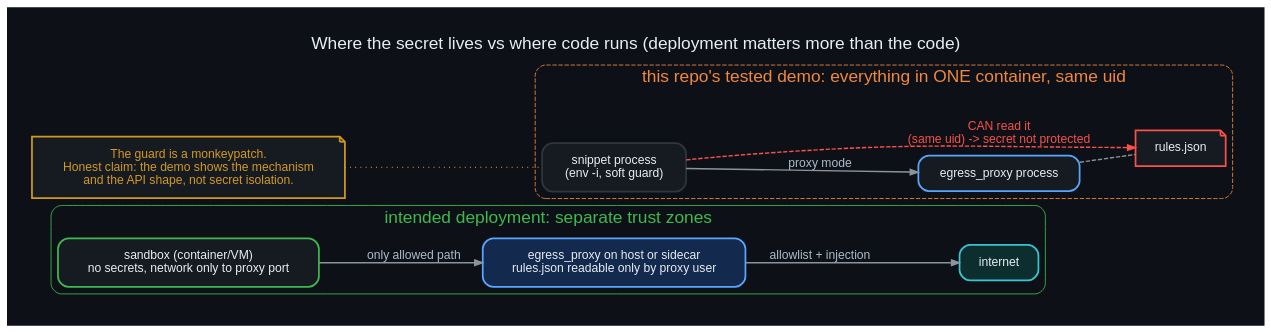
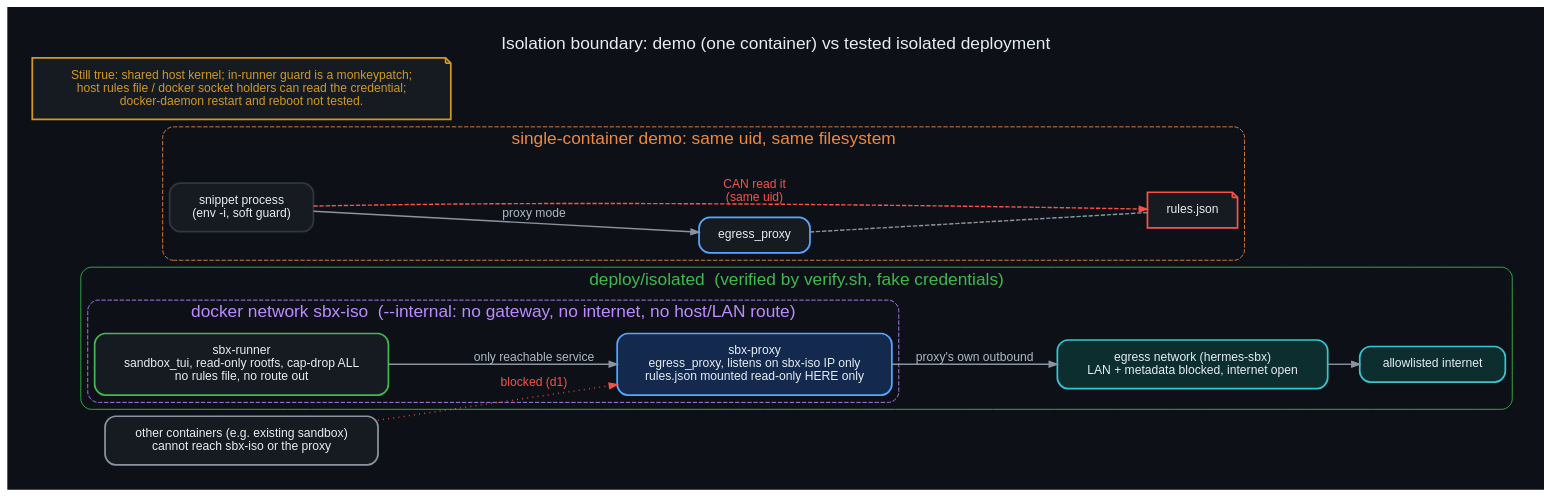
Before and after one commit to danindiana/nim-compute-sandbox-tui: the diagram in diagrams/11_isolation_boundary.dot, drawn with Graphviz. The commit also changed 14 other files, not shown here.

Commit message:
Isolated deployment (internal docker network, separate proxy/runner), verify.sh, docs, diagrams 11/15

```diff
--- a/diagrams/11_isolation_boundary.dot
+++ b/diagrams/11_isolation_boundary.dot
@@ -1,13 +1,16 @@
 digraph iso {
  graph [bgcolor="#0d1117", fontname="Helvetica", fontcolor="#e6edf3", labelloc="t", fontsize=20, pad=0.4];
  node [fontname="Helvetica", fontcolor="#e6edf3", color="#30363d", style="filled,rounded", shape=box, penwidth=2, margin="0.25,0.18", fillcolor="#161b22"];
- edge [color="#8b949e", fontname="Helvetica", fontcolor="#adbac7", penwidth=1.6, arrowsize=0.9]; rankdir=LR; label="Where the secret lives vs where code runs (deployment matters more than the code)";
- subgraph cluster_good { label="intended deployment: separate trust zones"; style=rounded; color="#3fb950"; fontcolor="#3fb950";
-  sb1 [label="sandbox (container/VM)\nno secrets, network only to proxy port", color="#3fb950"]; px1 [label="egress_proxy on host or sidecar\nrules.json readable only by proxy user", color="#58a6ff", fillcolor="#13294d"]; net1 [label="internet", color="#39c5cf", fillcolor="#0d2e2e"];
-  sb1->px1 [label="only allowed path"]; px1->net1 [label="allowlist + injection"]; }
- subgraph cluster_demo { label="this repo's tested demo: everything in ONE container, same uid"; style="rounded,dashed"; color="#f0883e"; fontcolor="#f0883e";
-  sb2 [label="snippet process\n(env -i, soft guard)"]; px2 [label="egress_proxy process", color="#58a6ff"]; file2 [label="rules.json", color="#f85149", shape=note];
-  sb2->px2 [label="proxy mode"]; px2->file2 [style=dashed, dir=none]; sb2->file2 [label="CAN read it\n(same uid) -> secret not protected", color="#f85149", style=dashed, fontcolor="#f85149"]; }
- note [shape=note, color="#d29922", fontcolor="#d29922", label="The guard is a monkeypatch.\nHonest claim: the demo shows the mechanism\nand the API shape, not secret isolation."];
- note->sb2 [style=dotted, arrowhead=none, color="#d29922"];
+ edge [color="#8b949e", fontname="Helvetica", fontcolor="#adbac7", penwidth=1.6, arrowsize=0.9]; rankdir=LR; label="Isolation boundary: demo (one container) vs tested isolated deployment";
+ subgraph cluster_good { label="deploy/isolated  (verified by verify.sh, fake credentials)"; style=rounded; color="#3fb950"; fontcolor="#3fb950";
+  subgraph cluster_int { label="docker network sbx-iso  (--internal: no gateway, no internet, no host/LAN route)"; style="rounded,dashed"; color="#bc8cff"; fontcolor="#bc8cff";
+   run [label="sbx-runner\nsandbox_tui, read-only rootfs, cap-drop ALL\nno rules file, no route out", color="#3fb950"];
+   px [label="sbx-proxy\negress_proxy, listens on sbx-iso IP only\nrules.json mounted read-only HERE only", color="#58a6ff", fillcolor="#13294d"]; }
+  eg [label="egress network (hermes-sbx)\nLAN + metadata blocked, internet open", color="#39c5cf", fillcolor="#0d2e2e"]; net [label="allowlisted internet", color="#39c5cf", fillcolor="#0d2e2e"];
+  run->px [label="only reachable service"]; px->eg [label="proxy's own outbound"]; eg->net; }
+ subgraph cluster_demo { label="single-container demo: same uid, same filesystem"; style="rounded,dashed"; color="#f0883e"; fontcolor="#f0883e";
+  sb2 [label="snippet process\n(env -i, soft guard)"]; px2 [label="egress_proxy", color="#58a6ff"]; file2 [label="rules.json", color="#f85149", shape=note];
+  sb2->px2 [label="proxy mode"]; sb2->file2 [label="CAN read it\n(same uid)", color="#f85149", style=dashed, fontcolor="#f85149"]; px2->file2 [style=dashed, dir=none]; }
+ other [label="other containers (e.g. existing sandbox)\ncannot reach sbx-iso or the proxy", color="#8b949e"]; other->px [style=dotted, label="blocked (d1)", color="#f85149", fontcolor="#f85149"];
+ left [shape=note, color="#d29922", fontcolor="#d29922", label="Still true: shared host kernel; in-runner guard is a monkeypatch;\nhost rules file / docker socket holders can read the credential;\ndocker-daemon restart and reboot not tested."];
 }
```
